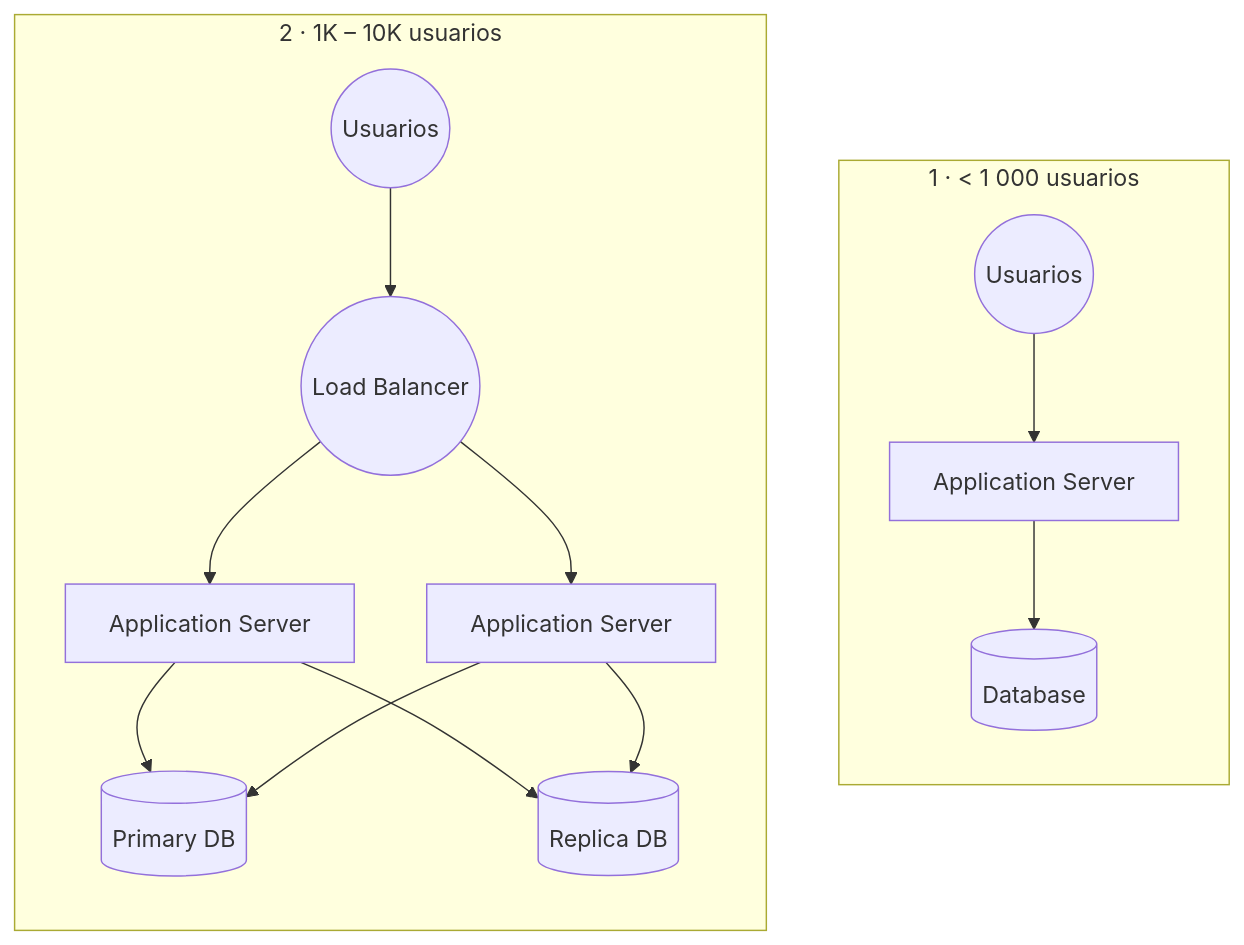
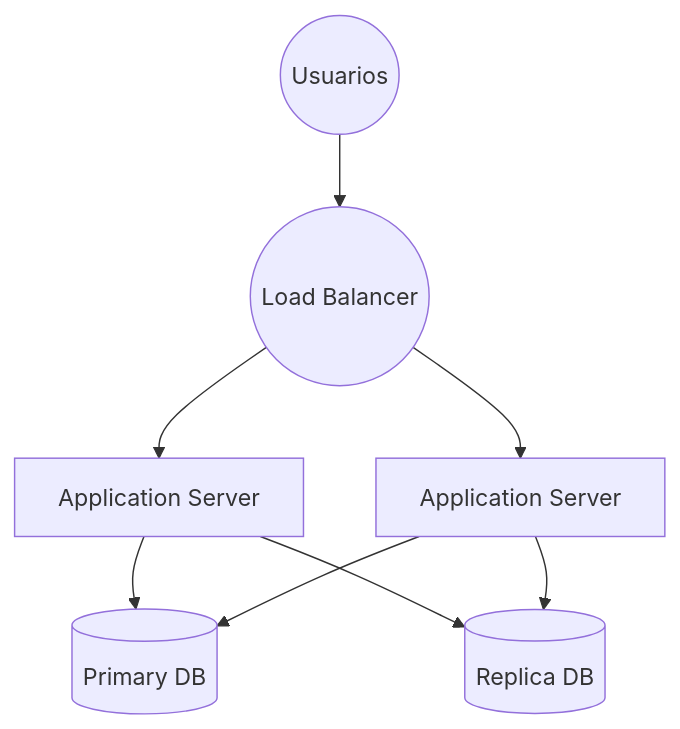
One commit to LuisMUtec/SWA-Labs changed the second of 5 diagrams in LAB03-SendIt/redale/E-escalar/README.md. Above: the diagram before and after it, drawn with Mermaid. The commit also changed other lines of this file and 3 other files, not shown here.

````diff
--- a/LAB03-SendIt/redale/E-escalar/README.md
+++ b/LAB03-SendIt/redale/E-escalar/README.md
@@ -175,17 +184,10 @@
 ```mermaid
 flowchart TB
-  subgraph T1["1 · &lt; 1 000 usuarios"]
-    direction TB
-    U1(("Usuarios")) --> AS1["Application Server"] --> DB1[("Database")]
-  end
-  subgraph T2["2 · 1K – 10K usuarios"]
-    direction TB
-    U2(("Usuarios")) --> LB2(("Load Balancer"))
-    LB2 --> AS2A["Application Server"]
-    LB2 --> AS2B["Application Server"]
-    AS2A --> PDB2[("Primary DB")]
-    AS2A --> RDB2[("Replica DB")]
-    AS2B --> PDB2
-    AS2B --> RDB2
-  end
+  U2(("Usuarios")) --> LB2(("Load Balancer"))
+  LB2 --> AS2A["Application Server"]
+  LB2 --> AS2B["Application Server"]
+  AS2A --> PDB2[("Primary DB")]
+  AS2A --> RDB2[("Replica DB")]
+  AS2B --> PDB2
+  AS2B --> RDB2
 ```
````
